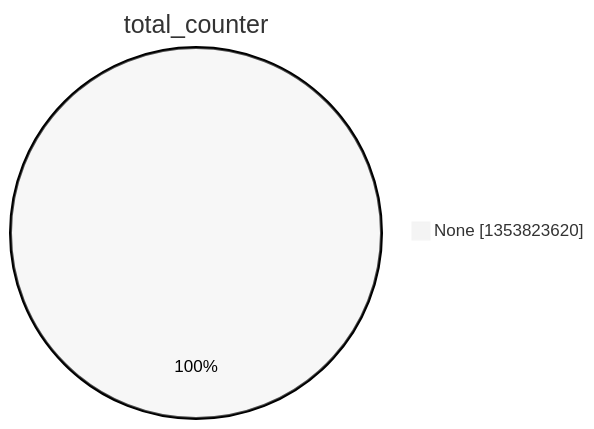
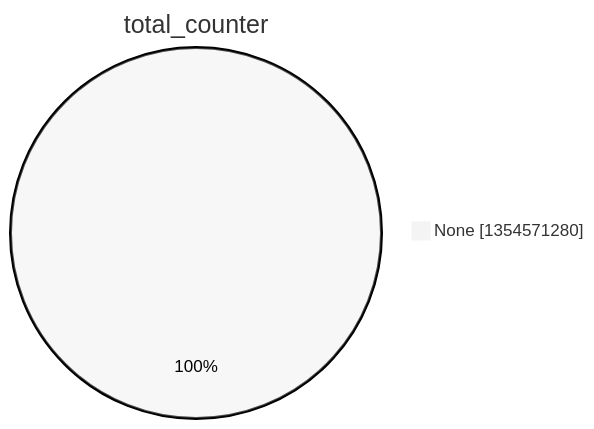
One commit to christiankrug/ctmonitor_visualization changed the second of 15 diagrams in argon2022/README.md. Above: the diagram before and after it, drawn with Mermaid (neutral theme). The commit also changed other lines of this file, not shown here.

````diff
--- a/argon2022/README.md
+++ b/argon2022/README.md
@@ -9,5 +9,5 @@
 ```mermaid
 pie showData
 title total_counter
-"None" :1353823620
+"None" :1354571280
 ```
````
